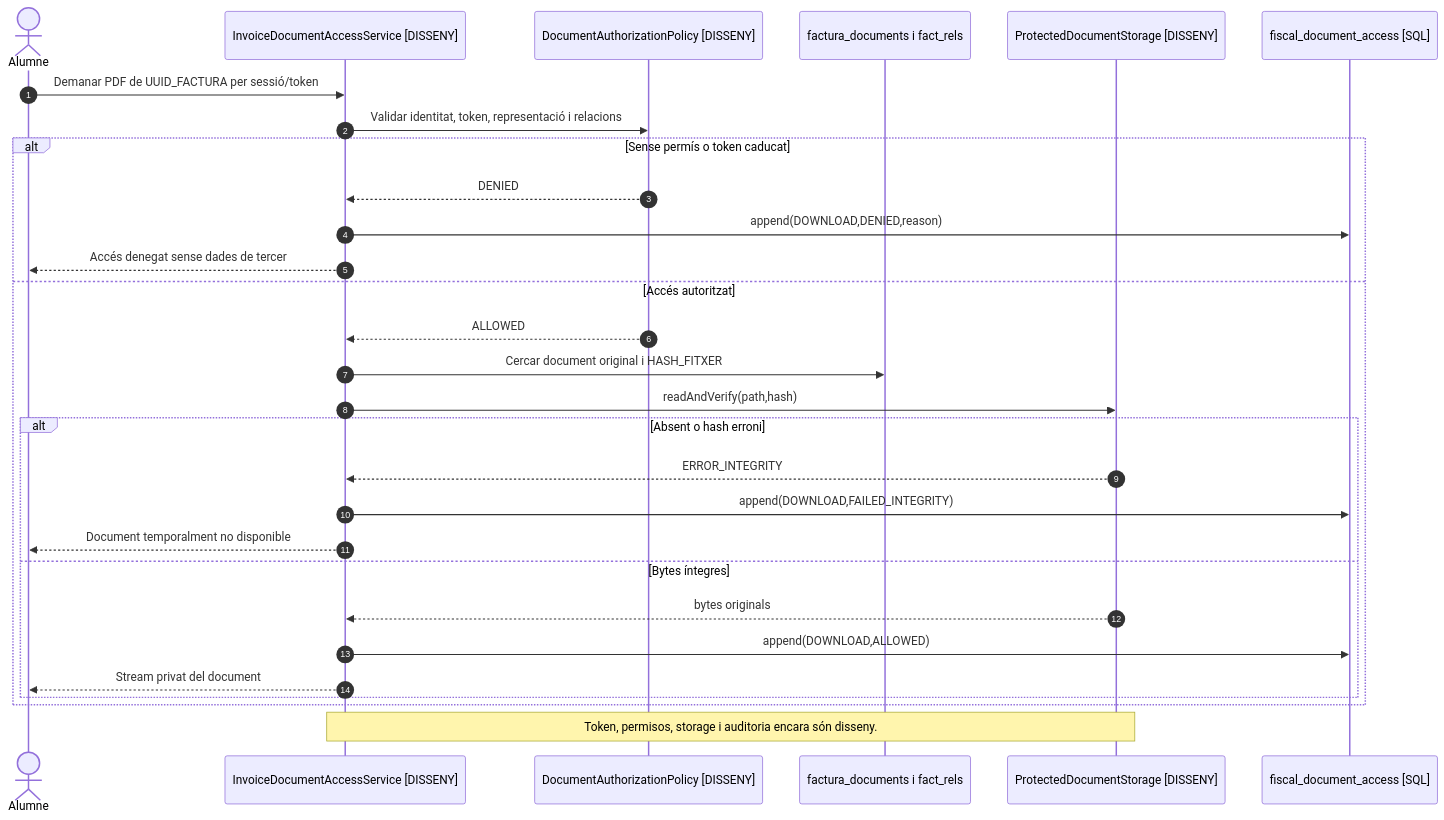
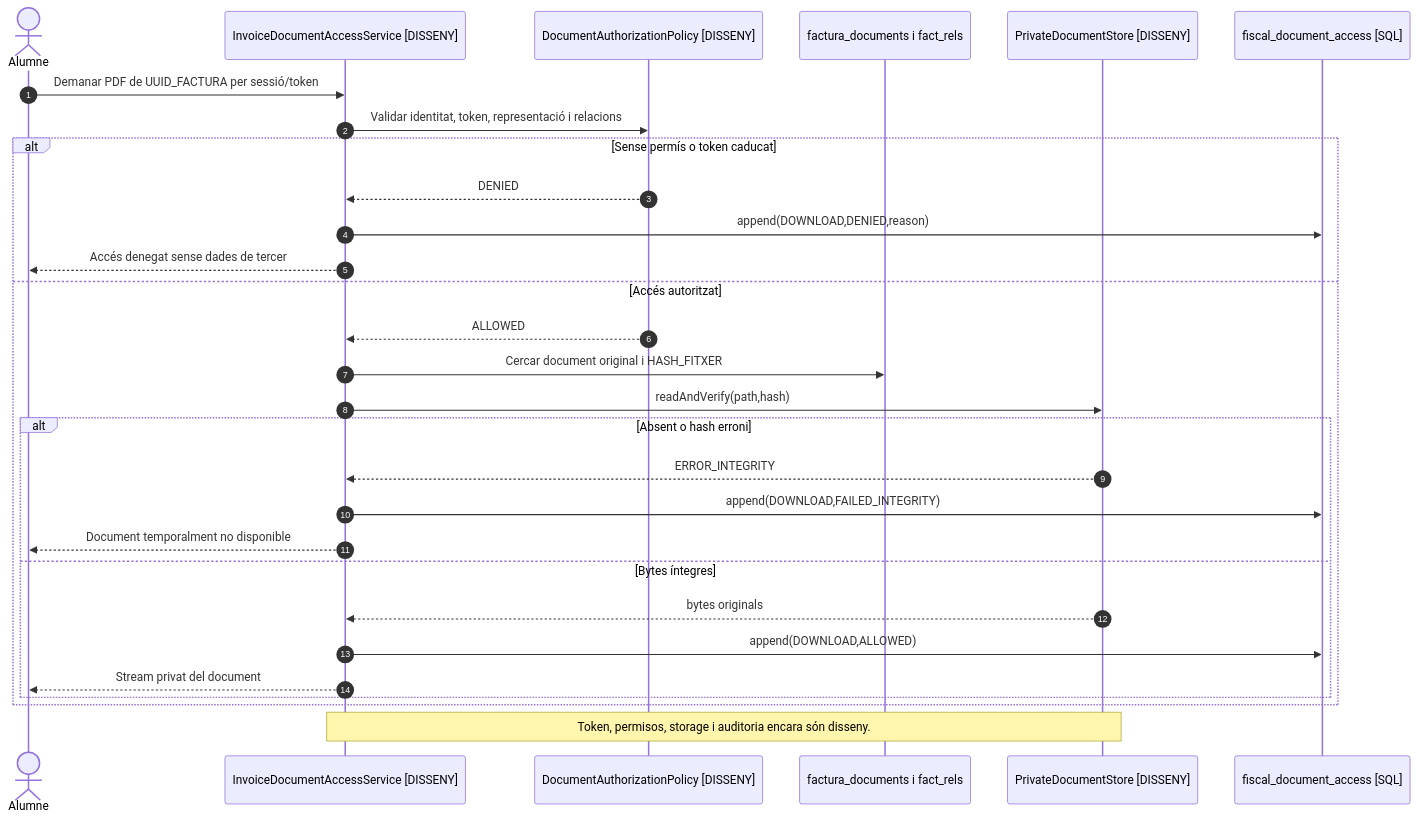
Before and after one commit to orgmeriemprismacat-del/verifactu: the third of 7 diagrams in documentacio/07-uml-integrat/uc-080-servir-registrar-acces-document-fiscal.md, drawn with Mermaid. The commit also changed other lines of this file, not shown here.

Commit message:
docs(uml): unificar el contracte de consulta documental entre UC-55 UC-80 i el model transversal

````diff
--- a/documentacio/07-uml-integrat/uc-080-servir-registrar-acces-document-fiscal.md
+++ b/documentacio/07-uml-integrat/uc-080-servir-registrar-acces-document-fiscal.md
@@ -110,31 +110,31 @@
 ```mermaid
 sequenceDiagram
 autonumber
 actor A as Alumne
 participant S as InvoiceDocumentAccessService [DISSENY]
 participant P as DocumentAuthorizationPolicy [DISSENY]
 participant DB as factura_documents i fact_rels
-participant F as ProtectedDocumentStorage [DISSENY]
+participant F as PrivateDocumentStore [DISSENY]
 participant Log as fiscal_document_access [SQL]
 A->>S: Demanar PDF de UUID_FACTURA per sessió/token
 S->>P: Validar identitat, token, representació i relacions
 alt Sense permís o token caducat
  P-->>S: DENIED
  S->>Log: append(DOWNLOAD,DENIED,reason)
  S-->>A: Accés denegat sense dades de tercer
 else Accés autoritzat
  P-->>S: ALLOWED
  S->>DB: Cercar document original i HASH_FITXER
  S->>F: readAndVerify(path,hash)
  alt Absent o hash erroni
   F-->>S: ERROR_INTEGRITY
   S->>Log: append(DOWNLOAD,FAILED_INTEGRITY)
   S-->>A: Document temporalment no disponible
  else Bytes íntegres
   F-->>S: bytes originals
   S->>Log: append(DOWNLOAD,ALLOWED)
   S-->>A: Stream privat del document
  end
 end
 Note over S,F: Token, permisos, storage i auditoria encara són disseny.
 ```
````
